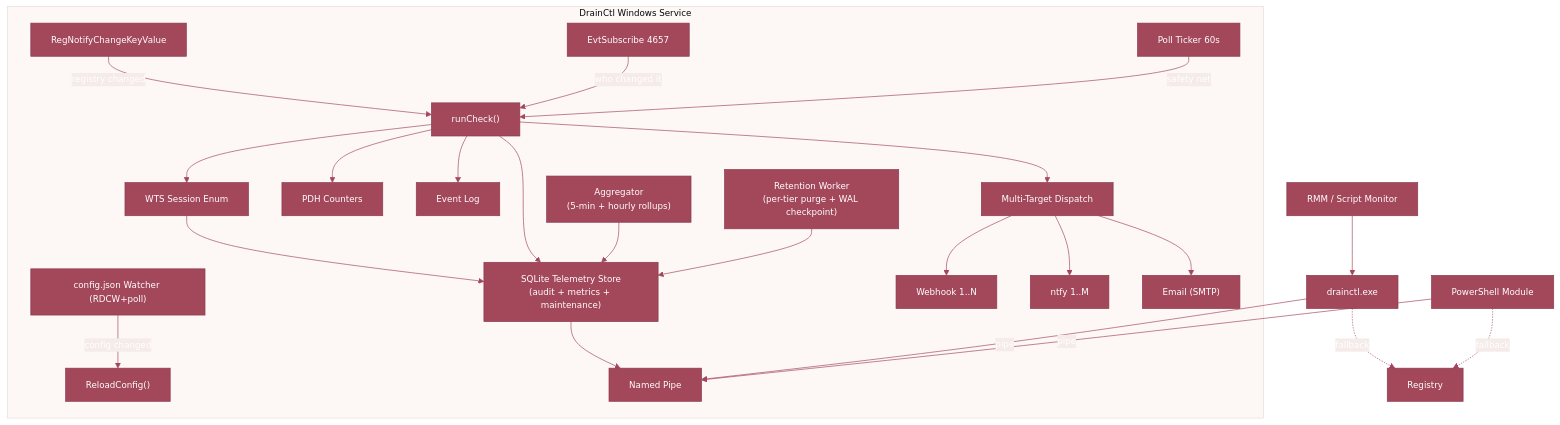
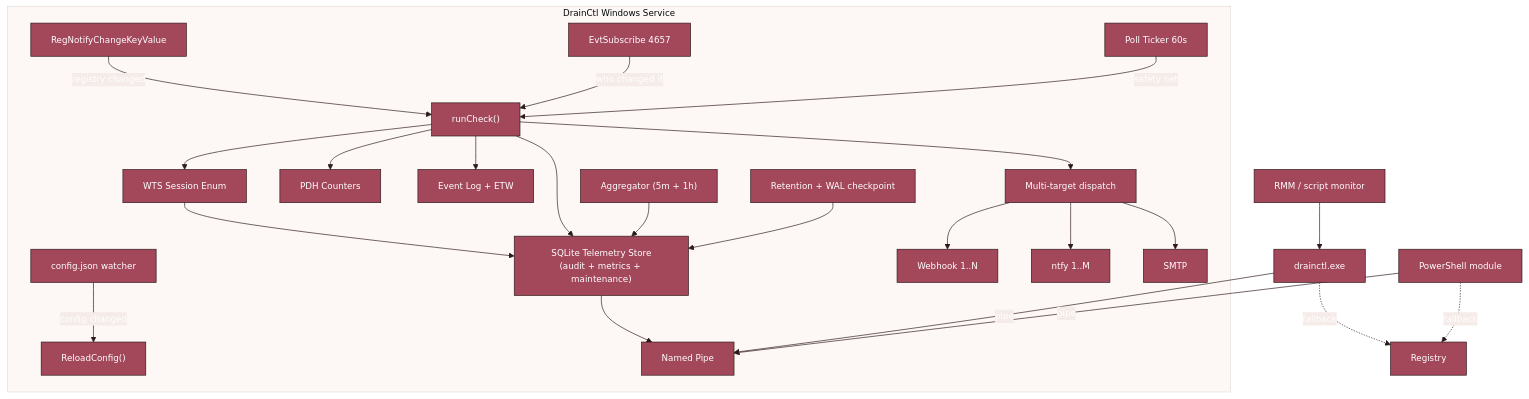
One commit to LISSConsulting/LISSTech.DrainCtl changed the first of 2 diagrams in README.md. Above: the diagram before and after it, drawn with Mermaid. The commit also changed other lines of this file and 1 other file, not shown here.

````diff
--- a/README.md
+++ b/README.md
@@ -73,29 +56,29 @@
 ```mermaid
-%%{init: {'theme': 'base', 'themeVariables': {'primaryColor': '#a3475b', 'primaryTextColor': '#fff', 'primaryBorderColor': '#8a3a4d', 'secondaryColor': '#f5ebe8', 'tertiaryColor': '#fdf8f6', 'lineColor': '#a3475b', 'fontFamily': 'monospace', 'fontSize': '13px'}}}%%
+%%{init: {'theme': 'base', 'themeVariables': {'primaryColor': '#a3475b', 'primaryTextColor': '#fff', 'primaryBorderColor': '#2d1a1a', 'secondaryColor': '#f5ebe8', 'tertiaryColor': '#fdf8f6', 'lineColor': '#2d1a1a', 'fontFamily': 'monospace', 'fontSize': '13px'}}}%%
 graph TB
     subgraph SVC["DrainCtl Windows Service"]
         RNK["RegNotifyChangeKeyValue"] -->|"registry changed"| CHECK["runCheck()"]
         EVT["EvtSubscribe 4657"] -->|"who changed it"| CHECK
         POLL["Poll Ticker 60s"] -->|"safety net"| CHECK
-        CFG["config.json Watcher (RDCW+poll)"] -->|"config changed"| RELOAD["ReloadConfig()"]
+        CFG["config.json watcher"] -->|"config changed"| RELOAD["ReloadConfig()"]
         CHECK --> SESS["WTS Session Enum"]
         SESS --> STORE["SQLite Telemetry Store<br/>(audit + metrics + maintenance)"]
         CHECK --> PERF["PDH Counters"]
         CHECK --> STORE
-        CHECK --> ELOG["Event Log"]
-        CHECK --> NOTIFY["Multi-Target Dispatch"]
+        CHECK --> ELOG["Event Log + ETW"]
+        CHECK --> NOTIFY["Multi-target dispatch"]
         NOTIFY --> WH["Webhook 1..N"]
         NOTIFY --> NTFY["ntfy 1..M"]
-        NOTIFY --> EMAIL["Email (SMTP)"]
+        NOTIFY --> EMAIL["SMTP"]
         STORE --> PIPE["Named Pipe"]
-        AGG["Aggregator<br/>(5-min + hourly rollups)"] --> STORE
-        RET["Retention Worker<br/>(per-tier purge + WAL checkpoint)"] --> STORE
+        AGG["Aggregator (5m + 1h)"] --> STORE
+        RET["Retention + WAL checkpoint"] --> STORE
     end
 
     CLI["drainctl.exe"] -->|"pipe"| PIPE
-    PS["PowerShell Module"] -->|"pipe"| PIPE
-    RMM["RMM / Script Monitor"] --> CLI
+    PS["PowerShell module"] -->|"pipe"| PIPE
+    RMM["RMM / script monitor"] --> CLI
 
     CLI -.->|"fallback"| REG["Registry"]
     PS -.->|"fallback"| REG
 ```
````
